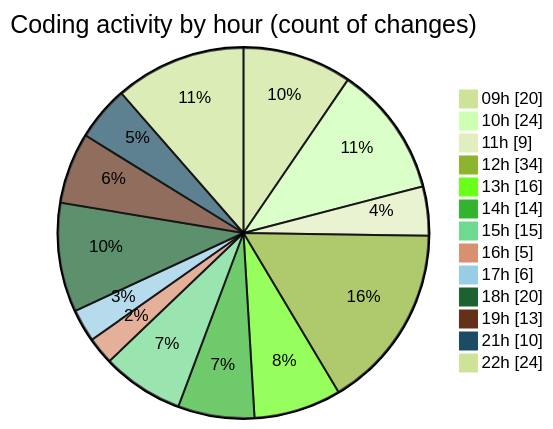
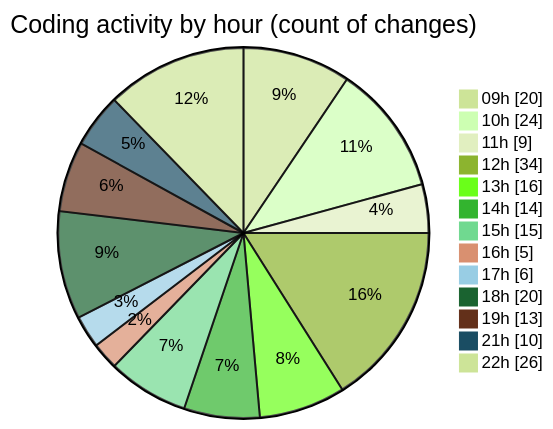
One commit to momahboobian/code-tracking changed the second of 2 diagrams in 2025-05-19/cda/README.md. Above: the diagram before and after it, drawn with Mermaid (forest theme). The commit also changed other lines of this file and 1 other file, not shown here.

````diff
--- a/2025-05-19/cda/README.md
+++ b/2025-05-19/cda/README.md
@@ -61,17 +61,17 @@
 ```mermaid
 pie showData
 title Coding activity by hour (count of changes)
 "09h" : 20
 "10h" : 24
 "11h" : 9
 "12h" : 34
 "13h" : 16
 "14h" : 14
 "15h" : 15
 "16h" : 5
 "17h" : 6
 "18h" : 20
 "19h" : 13
 "21h" : 10
-"22h" : 24
+"22h" : 26
 ```
````
